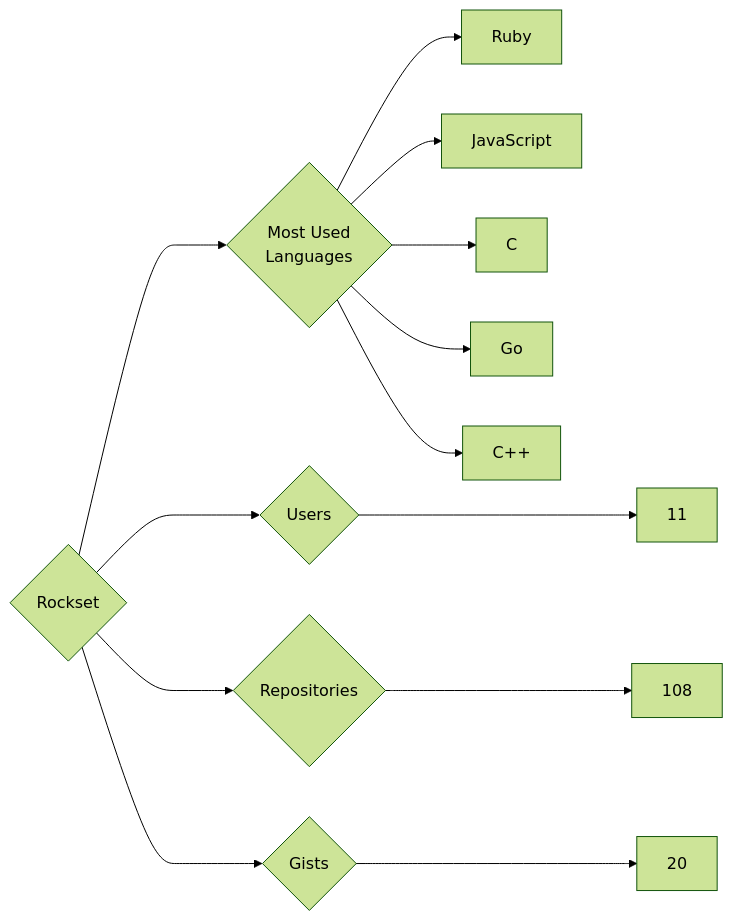
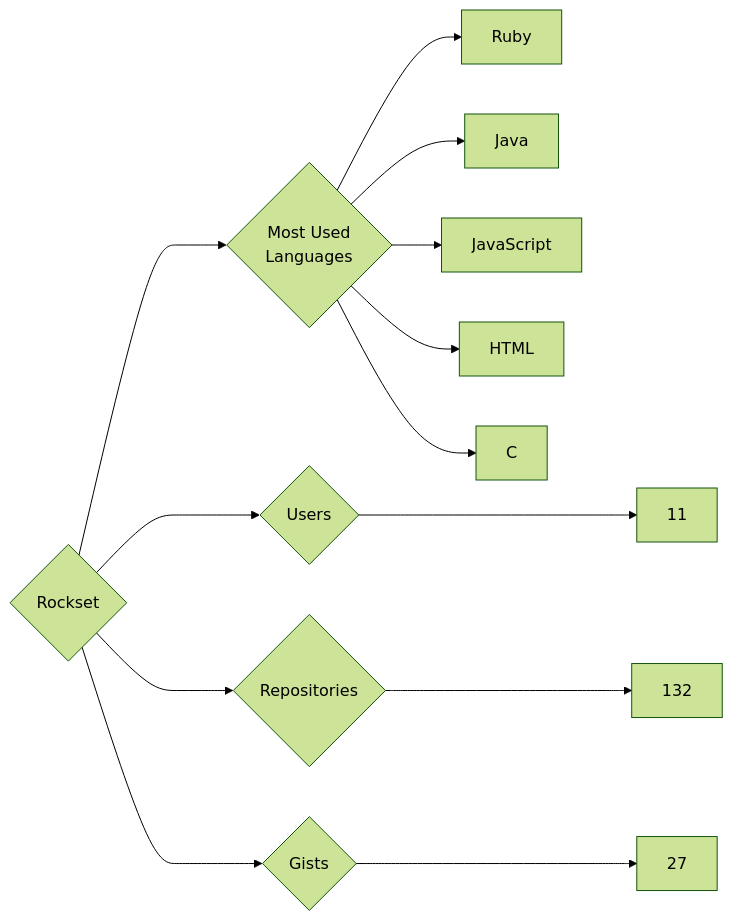
The diagram in targets/Rockset/README.md (trickest/insiders), drawn with Mermaid (forest theme) before and after one commit. The commit also changed 903 other files, not shown here.

````diff
--- a/targets/Rockset/README.md
+++ b/targets/Rockset/README.md
@@ -3,13 +3,13 @@
 ```mermaid
 graph LR
 COMPANY_NAME{Rockset}
 COMPANY_NAME ---> U{Users} ---> UN[11]
-COMPANY_NAME ---> R{Repositories} ---> RN[108]
-COMPANY_NAME ---> G{Gists} ---> GN[20]
+COMPANY_NAME ---> R{Repositories} ---> RN[132]
+COMPANY_NAME ---> G{Gists} ---> GN[27]
 COMPANY_NAME ---> ML{Most Used<br>Languages}
 ML --> Ruby[Ruby]
+ML --> Java[Java]
 ML --> JavaScript[JavaScript]
+ML --> HTML[HTML]
 ML --> C[C]
-ML --> Go[Go]
-ML --> C++[C++]
 ```
````
